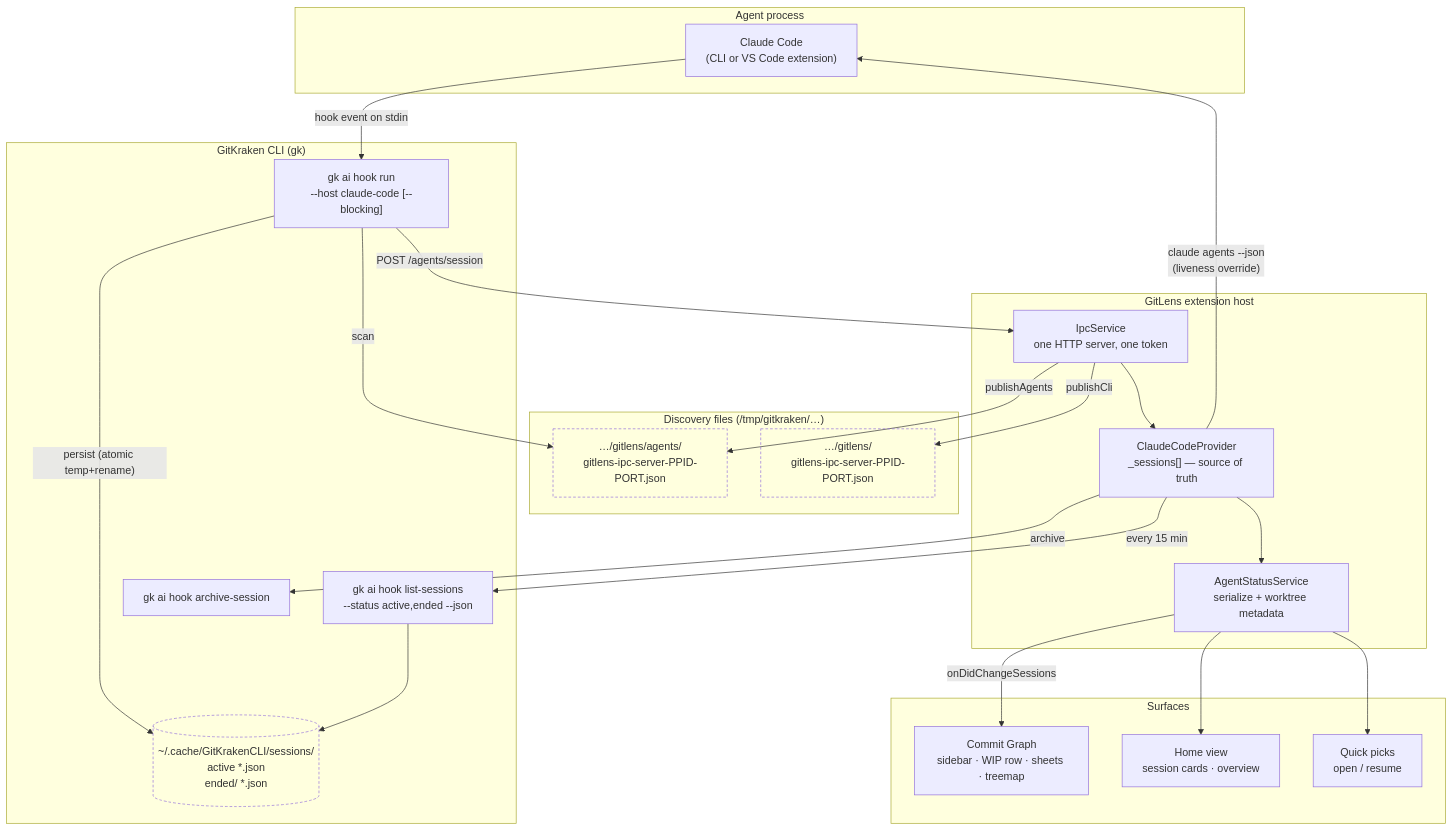
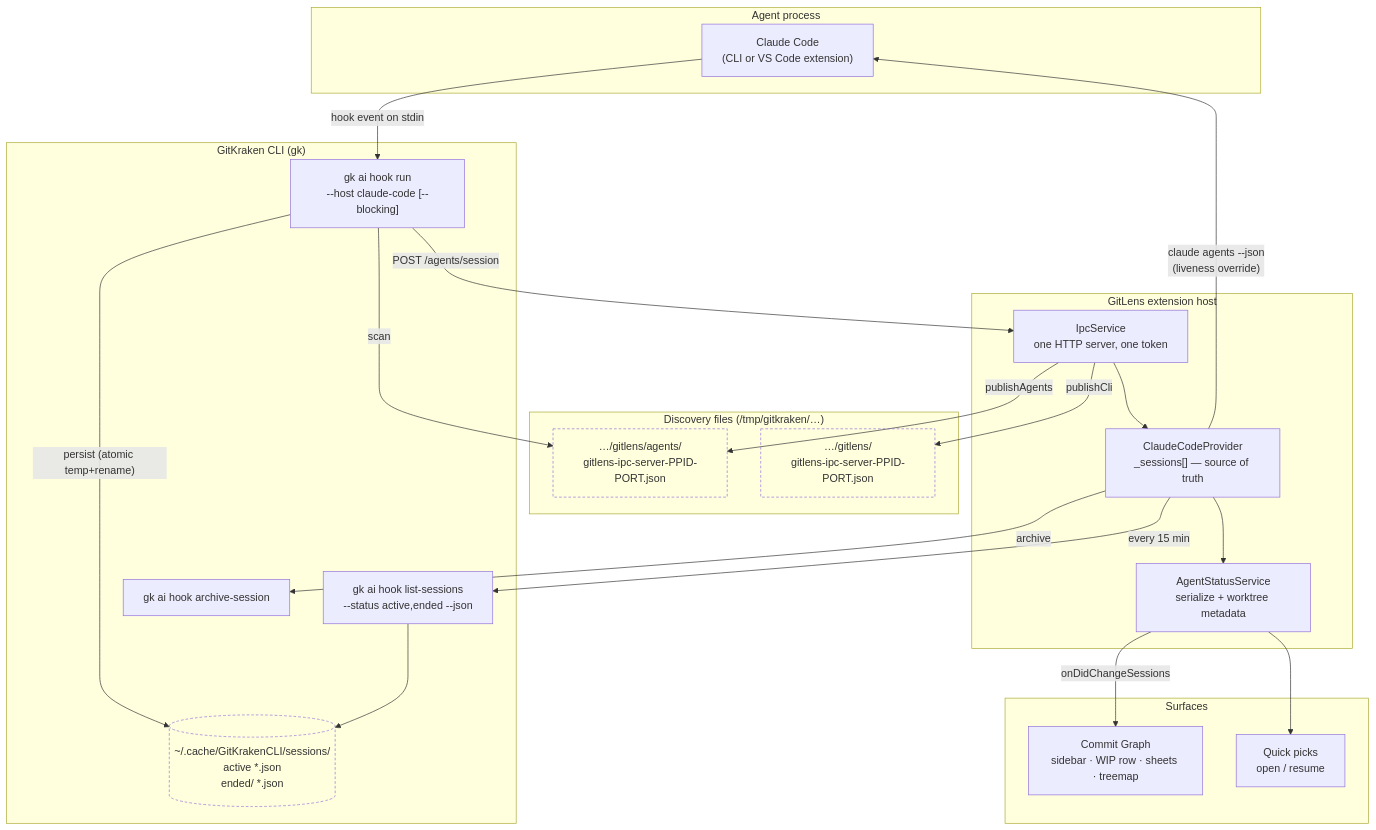
One commit to gitkraken/vscode-gitlens changed the first of 3 diagrams in docs/agent-sessions.md. Above: the diagram before and after it, drawn with Mermaid. The commit also changed other lines of this file and 93 other files, not shown here.

First line of the commit message:
Removes the Home view - closes #5778

````diff
--- a/docs/agent-sessions.md
+++ b/docs/agent-sessions.md
@@ -34,50 +34,48 @@
 ```mermaid
 flowchart TB
     subgraph agent["Agent process"]
         CC["Claude Code<br/>(CLI or VS Code extension)"]
     end
 
     subgraph cli["GitKraken CLI (gk)"]
         RUN["gk ai hook run<br/>--host claude-code [--blocking]"]
         STORE[("~/.cache/GitKrakenCLI/sessions/<br/>active *.json<br/>ended/ *.json")]
         LIST["gk ai hook list-sessions<br/>--status active,ended --json"]
         ARCH["gk ai hook archive-session"]
     end
 
     subgraph disc["Discovery files (/tmp/gitkraken/…)"]
         DA["…/gitlens/agents/<br/>gitlens-ipc-server-PPID-PORT.json"]
         DC["…/gitlens/<br/>gitlens-ipc-server-PPID-PORT.json"]
     end
 
     subgraph host["GitLens extension host"]
         IPC["IpcService<br/>one HTTP server, one token"]
         PROV["ClaudeCodeProvider<br/>_sessions[] — source of truth"]
         SVC["AgentStatusService<br/>serialize + worktree metadata"]
     end
 
     subgraph ui["Surfaces"]
         GRAPH["Commit Graph<br/>sidebar · WIP row · sheets · treemap"]
-        HOME["Home view<br/>session cards · overview"]
         QP["Quick picks<br/>open / resume"]
     end
 
     CC -->|"hook event on stdin"| RUN
     RUN -->|"persist (atomic temp+rename)"| STORE
     RUN -->|"scan"| DA
     RUN -->|"POST /agents/session"| IPC
     IPC --> PROV
     PROV -->|"every 15 min"| LIST
     LIST --> STORE
     PROV -->|"claude agents --json<br/>(liveness override)"| CC
     PROV --> SVC
     SVC -->|"onDidChangeSessions"| GRAPH
-    SVC --> HOME
     SVC --> QP
     PROV -->|"archive"| ARCH
     IPC -->|"publishAgents"| DA
     IPC -->|"publishCli"| DC
 
     style STORE fill:none,stroke-dasharray: 4 3
     style DA fill:none,stroke-dasharray: 4 3
     style DC fill:none,stroke-dasharray: 4 3
 ```
````
